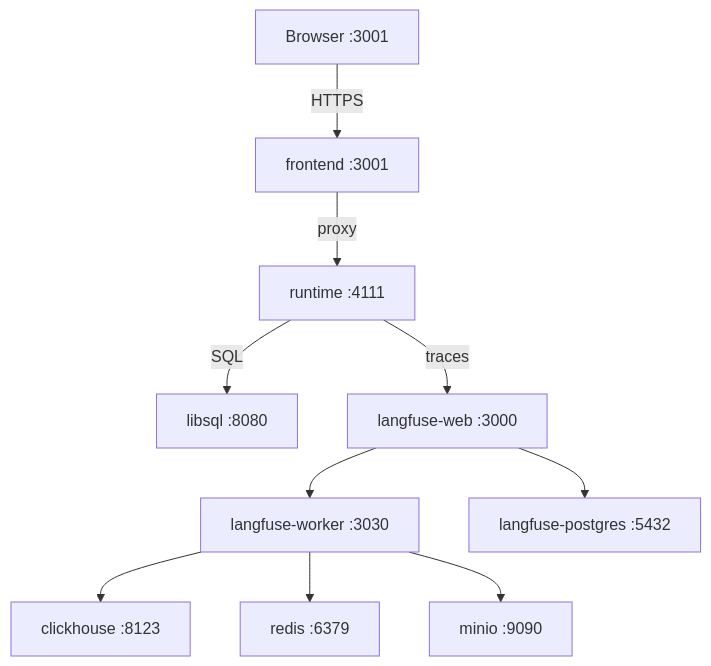
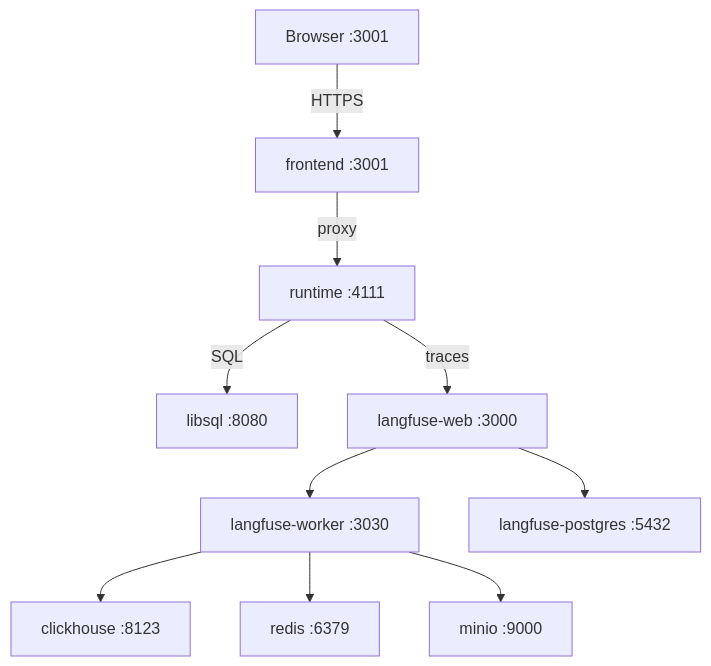
One commit to Agentic-Engineering-Agency/triage changed the diagram in README.md. Above: the diagram before and after it, drawn with Mermaid. The commit also changed other lines of this file and 20 other files, not shown here.

````diff
--- a/README.md
+++ b/README.md
@@ -9,12 +9,12 @@
 ```mermaid
 graph TD
     Browser["Browser :3001"] -->|HTTPS| frontend["frontend :3001"]
     frontend -->|proxy| runtime["runtime :4111"]
     runtime -->|SQL| libsql["libsql :8080"]
     runtime -->|traces| langfuse-web["langfuse-web :3000"]
     langfuse-web --> langfuse-worker["langfuse-worker :3030"]
     langfuse-worker --> clickhouse["clickhouse :8123"]
     langfuse-worker --> redis["redis :6379"]
-    langfuse-worker --> minio["minio :9090"]
+    langfuse-worker --> minio["minio :9000"]
     langfuse-web --> langfuse-postgres["langfuse-postgres :5432"]
 ```
````
